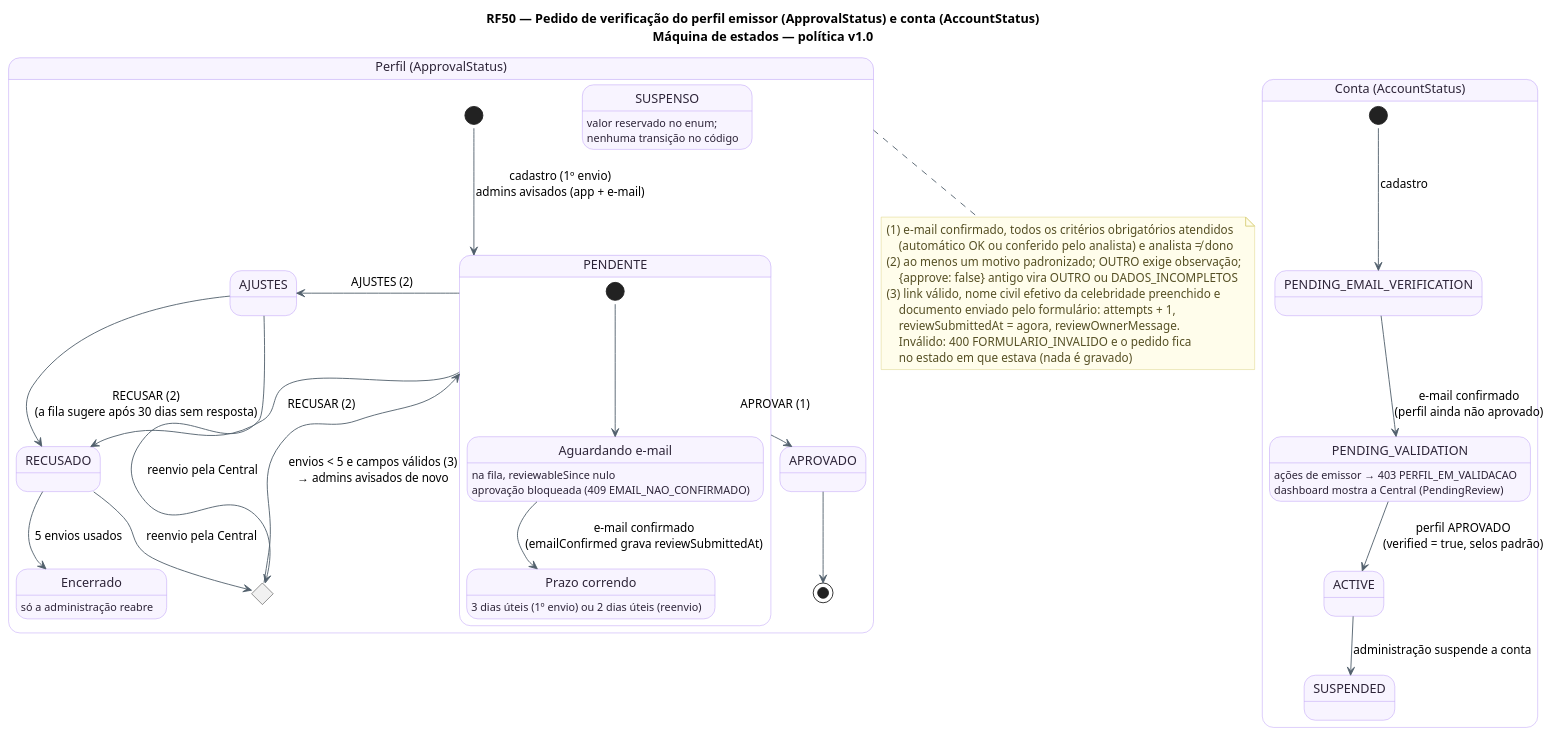
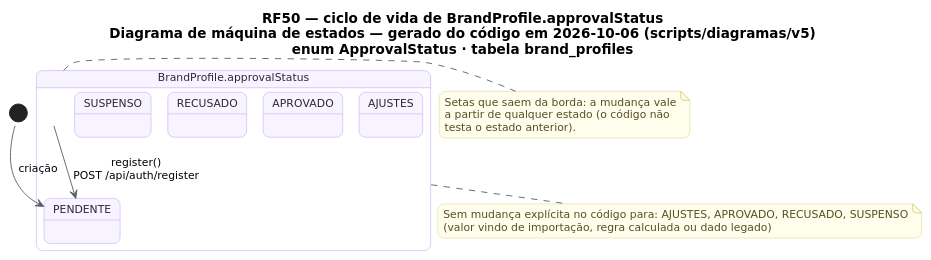
One commit to MatheusHaliski/tcc-2026-fashion-ai-backend changed the diagram in docs/diagramas/RF50/RF50-maquinadeestados-verificacao.puml. Above: the diagram before and after it, drawn with PlantUML. The commit also changed 688 other files, not shown here.

```diff
--- a/docs/diagramas/RF50/RF50-maquinadeestados-verificacao.puml
+++ b/docs/diagramas/RF50/RF50-maquinadeestados-verificacao.puml
@@ -1,66 +1,42 @@
 @startuml RF50_MaquinaDeEstados_Verificacao
 !pragma layout smetana
-title RF50 — Pedido de verificação do perfil emissor (ApprovalStatus) e conta (AccountStatus)\nMáquina de estados — política v1.0
 skinparam backgroundColor #FFFFFF
-skinparam state {
-  BackgroundColor #F8F4FF
-  BorderColor #B695F5
-  FontColor #2D2438
-  ArrowColor #52606D
-}
+skinparam shadowing false
+skinparam defaultFontName "DejaVu Sans"
+skinparam defaultFontSize 12
+skinparam titleFontSize 15
+skinparam roundcorner 14
+skinparam ArrowColor #52606D
 skinparam note {
   BackgroundColor #FFFDEB
   BorderColor #D8CE78
   FontColor #554F24
 }
-state "Perfil (ApprovalStatus)" as Perfil {
-  [*] --> PENDENTE : cadastro (1º envio)\nadmins avisados (app + e-mail)
-  state PENDENTE {
-    state "Aguardando e-mail" as AguardandoEmail
-    state "Prazo correndo" as Prazo
-    [*] --> AguardandoEmail
-    AguardandoEmail : na fila, reviewableSince nulo
-    AguardandoEmail : aprovação bloqueada (409 EMAIL_NAO_CONFIRMADO)
-    AguardandoEmail --> Prazo : e-mail confirmado\n(emailConfirmed grava reviewSubmittedAt)
-    Prazo : 3 dias úteis (1º envio) ou 2 dias úteis (reenvio)
-  }
-  PENDENTE --> APROVADO : APROVAR (1)
-  PENDENTE --> AJUSTES : AJUSTES (2)
-  PENDENTE --> RECUSADO : RECUSAR (2)
-  AJUSTES --> RECUSADO : RECUSAR (2)\n(a fila sugere após 30 dias sem resposta)
-  state Reenvio <<choice>>
-  AJUSTES --> Reenvio : reenvio pela Central
-  RECUSADO --> Reenvio : reenvio pela Central
-  Reenvio --> PENDENTE : envios < 5 e campos válidos (3)\n→ admins avisados de novo
-  RECUSADO --> Encerrado : 5 envios usados
-  state "Encerrado" as Encerrado
-  Encerrado : só a administração reabre
-  state SUSPENSO
-  SUSPENSO : valor reservado no enum;
-  SUSPENSO : nenhuma transição no código
-  APROVADO --> [*]
+skinparam state {
+  BackgroundColor #F8F4FF
+  BorderColor #B695F5
+  FontColor #2D2438
+  StartColor #20A77A
+  EndColor #4B5563
 }
-state "Conta (AccountStatus)" as Conta {
-  state PENDING_EMAIL_VERIFICATION
-  state PENDING_VALIDATION
-  state ACTIVE
-  state SUSPENDED
-  [*] --> PENDING_EMAIL_VERIFICATION : cadastro
-  PENDING_EMAIL_VERIFICATION --> PENDING_VALIDATION : e-mail confirmado\n(perfil ainda não aprovado)
-  PENDING_VALIDATION --> ACTIVE : perfil APROVADO\n(verified = true, selos padrão)
-  ACTIVE --> SUSPENDED : administração suspende a conta
-  PENDING_VALIDATION : ações de emissor → 403 PERFIL_EM_VALIDACAO
-  PENDING_VALIDATION : dashboard mostra a Central (PendingReview)
+title RF50 — ciclo de vida de BrandProfile.approvalStatus\nDiagrama de máquina de estados — gerado do código em 2026-10-06 (scripts/diagramas/v5)\nenum ApprovalStatus · tabela brand_profiles
+
+state "BrandProfile.approvalStatus" as Ciclo_BrandProfile {
+  state Ciclo_BrandProfile_PENDENTE as "PENDENTE"
+  state Ciclo_BrandProfile_AJUSTES as "AJUSTES"
+  state Ciclo_BrandProfile_APROVADO as "APROVADO"
+  state Ciclo_BrandProfile_RECUSADO as "RECUSADO"
+  state Ciclo_BrandProfile_SUSPENSO as "SUSPENSO"
 }
-note bottom of Perfil
-(1) e-mail confirmado, todos os critérios obrigatórios atendidos
-    (automático OK ou conferido pelo analista) e analista ≠ dono
-(2) ao menos um motivo padronizado; OUTRO exige observação;
-    {approve: false} antigo vira OUTRO ou DADOS_INCOMPLETOS
-(3) link válido, nome civil efetivo da celebridade preenchido e
-    documento enviado pelo formulário: attempts + 1,
-    reviewSubmittedAt = agora, reviewOwnerMessage.
-    Inválido: 400 FORMULARIO_INVALIDO e o pedido fica
-    no estado em que estava (nada é gravado)
+[*] --> Ciclo_BrandProfile_PENDENTE : criação
+Ciclo_BrandProfile --> Ciclo_BrandProfile_PENDENTE : register()\nPOST /api/auth/register
+note bottom of Ciclo_BrandProfile
+  Sem mudança explícita no código para: AJUSTES, APROVADO, RECUSADO, SUSPENSO
+  (valor vindo de importação, regra calculada ou dado legado)
+end note
+note right of Ciclo_BrandProfile
+  Setas que saem da borda: a mudança vale
+  a partir de qualquer estado (o código não
+  testa o estado anterior).
 end note
 @enduml
```
